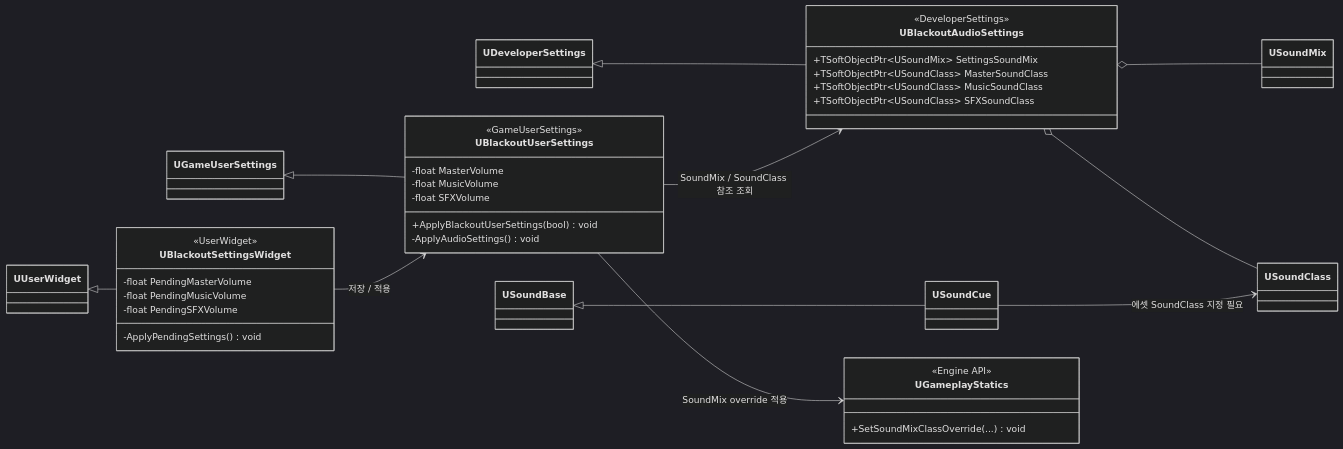
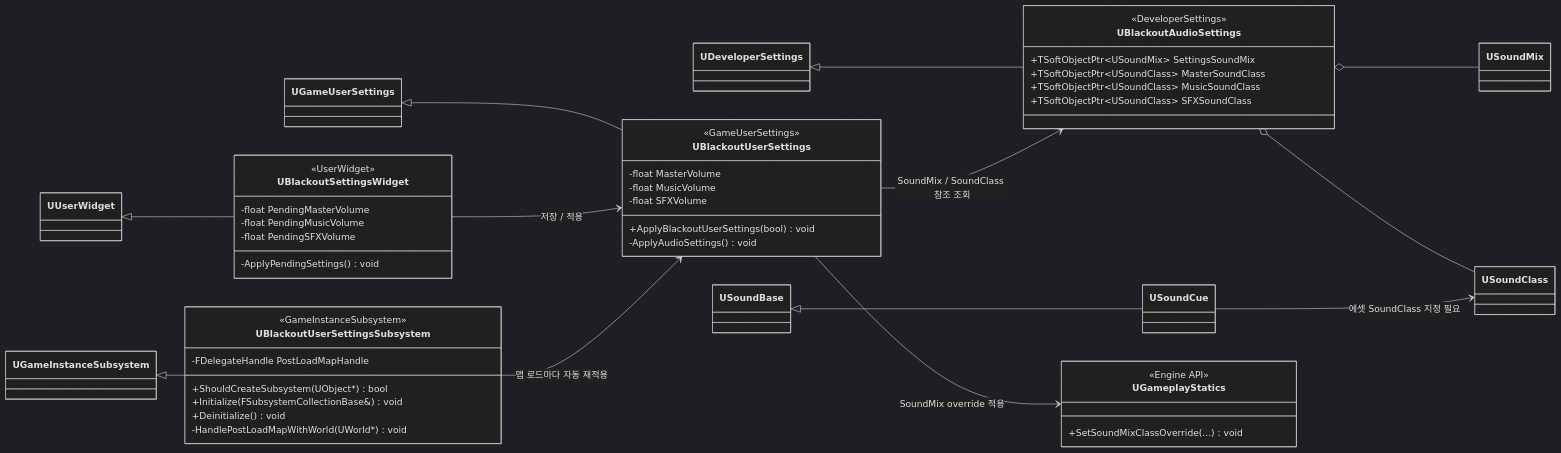
Diagram 15 of 15 in Docs/Project_Blackout_클래스다이어그램.md (seongwon1579/ProjectBlackout), drawn with Mermaid (dark theme) before and after one commit. The commit also changed 3 other files, not shown here.

````diff
--- a/Docs/Project_Blackout_클래스다이어그램.md
+++ b/Docs/Project_Blackout_클래스다이어그램.md
@@ -766,46 +766,57 @@
 ```mermaid
 classDiagram
     direction LR
 
     UGameUserSettings <|-- UBlackoutUserSettings
     UDeveloperSettings <|-- UBlackoutAudioSettings
+    UGameInstanceSubsystem <|-- UBlackoutUserSettingsSubsystem
     UUserWidget <|-- UBlackoutSettingsWidget
     USoundBase <|-- USoundCue
 
     class UBlackoutSettingsWidget {
         <<UserWidget>>
         -float PendingMasterVolume
         -float PendingMusicVolume
         -float PendingSFXVolume
         -ApplyPendingSettings() void
+    }
+
+    class UBlackoutUserSettingsSubsystem {
+        <<GameInstanceSubsystem>>
+        -FDelegateHandle PostLoadMapHandle
+        +ShouldCreateSubsystem(UObject*) bool
+        +Initialize(FSubsystemCollectionBase&) void
+        +Deinitialize() void
+        -HandlePostLoadMapWithWorld(UWorld*) void
     }
 
     class UBlackoutUserSettings {
         <<GameUserSettings>>
         -float MasterVolume
         -float MusicVolume
         -float SFXVolume
         +ApplyBlackoutUserSettings(bool) void
         -ApplyAudioSettings() void
     }
 
     class UBlackoutAudioSettings {
         <<DeveloperSettings>>
         +TSoftObjectPtr~USoundMix~ SettingsSoundMix
         +TSoftObjectPtr~USoundClass~ MasterSoundClass
         +TSoftObjectPtr~USoundClass~ MusicSoundClass
         +TSoftObjectPtr~USoundClass~ SFXSoundClass
     }
 
     class UGameplayStatics {
         <<Engine API>>
         +SetSoundMixClassOverride(...) void
     }
 
     UBlackoutSettingsWidget --> UBlackoutUserSettings : 저장 / 적용
+    UBlackoutUserSettingsSubsystem --> UBlackoutUserSettings : 맵 로드마다 자동 재적용
     UBlackoutUserSettings --> UBlackoutAudioSettings : SoundMix / SoundClass 참조 조회
     UBlackoutUserSettings --> UGameplayStatics : SoundMix override 적용
     UBlackoutAudioSettings o-- USoundMix
     UBlackoutAudioSettings o-- USoundClass
     USoundCue --> USoundClass : 에셋 SoundClass 지정 필요
 ```
````
